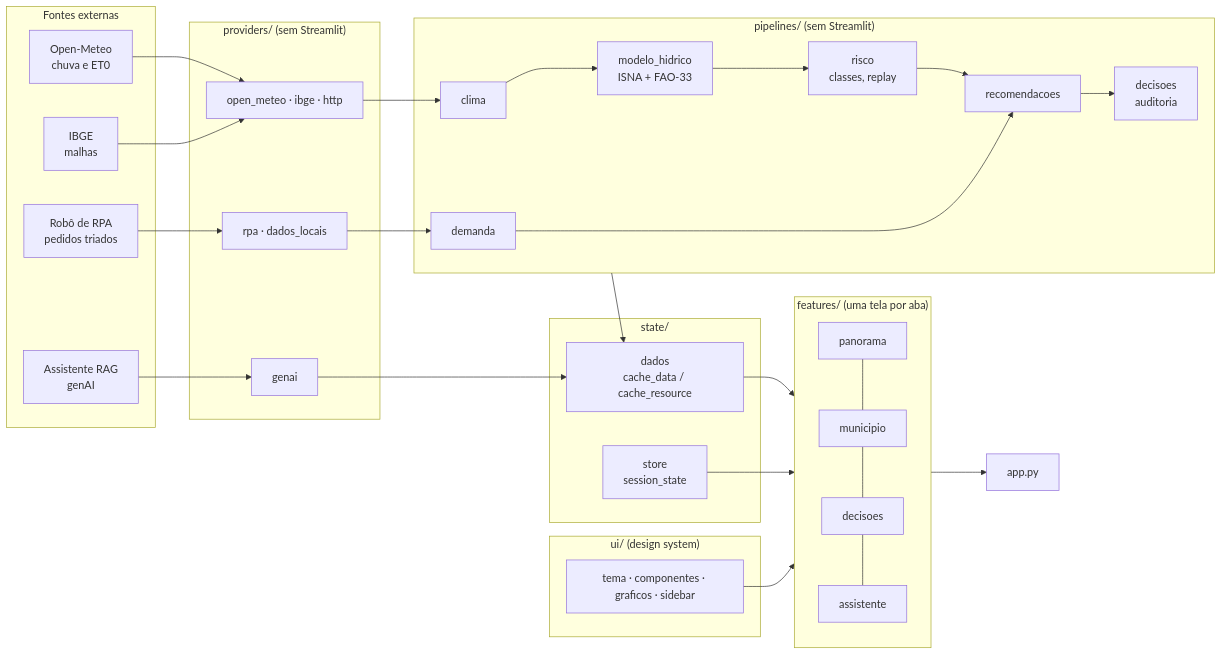
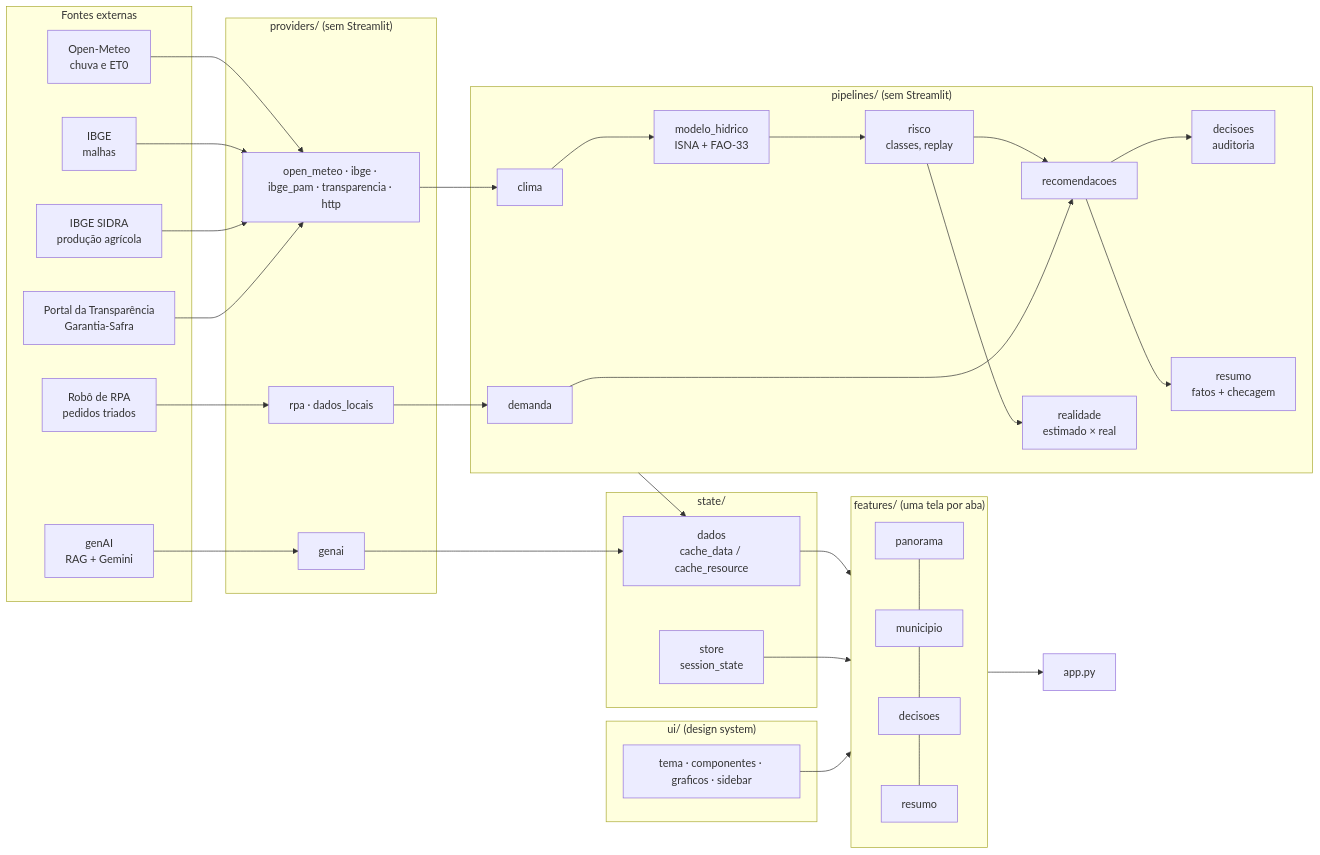
The diagram in README.md (citizentech-fiap/citizentech-dashboard), drawn with Mermaid before and after one commit. The commit also changed other lines of this file and 16 other files, not shown here.

First line of the commit message:
Estimado × real na interface, selos de simulado e Resumo da semana com IA

````diff
--- a/README.md
+++ b/README.md
@@ -53,35 +90,39 @@
 ```mermaid
 flowchart LR
     subgraph Fontes externas
         OM[Open-Meteo<br/>chuva e ET0]
         IB[IBGE<br/>malhas]
         RPA[Robô de RPA<br/>pedidos triados]
-        RAG[Assistente RAG<br/>genAI]
+        PAM[IBGE SIDRA<br/>produção agrícola]
+        CGU[Portal da Transparência<br/>Garantia-Safra]
+        RAG[genAI<br/>RAG + Gemini]
     end
     subgraph providers["providers/ (sem Streamlit)"]
-        P1[open_meteo · ibge · http]
+        P1[open_meteo · ibge · ibge_pam · transparencia · http]
         P2[rpa · dados_locais]
         P3[genai]
     end
     subgraph pipelines["pipelines/ (sem Streamlit)"]
         C[clima] --> M[modelo_hidrico<br/>ISNA + FAO-33] --> R[risco<br/>classes, replay]
         D[demanda]
         R --> REC[recomendacoes]
         D --> REC --> DEC[decisoes<br/>auditoria]
+        R --> REAL[realidade<br/>estimado × real]
+        REC --> RES[resumo<br/>fatos + checagem]
     end
     subgraph state["state/"]
         S[store<br/>session_state]
         SD[dados<br/>cache_data / cache_resource]
     end
     subgraph ui["ui/ (design system)"]
         T[tema · componentes · graficos · sidebar]
     end
     subgraph features["features/ (uma tela por aba)"]
-        F1[panorama] --- F2[municipio] --- F3[decisoes] --- F4[assistente]
+        F1[panorama] --- F2[municipio] --- F3[decisoes] --- F4[resumo]
     end
-    OM --> P1; IB --> P1; RPA --> P2; RAG --> P3
+    OM --> P1; IB --> P1; PAM --> P1; CGU --> P1; RPA --> P2; RAG --> P3
     P1 --> C; P2 --> D; P3 --> SD
     pipelines --> SD --> features
     S --> features; T --> features
     features --> APP[app.py]
 ```
````
